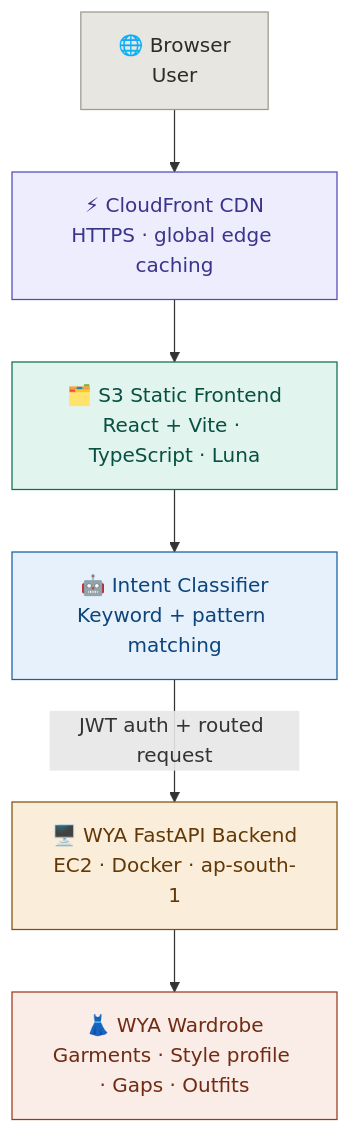
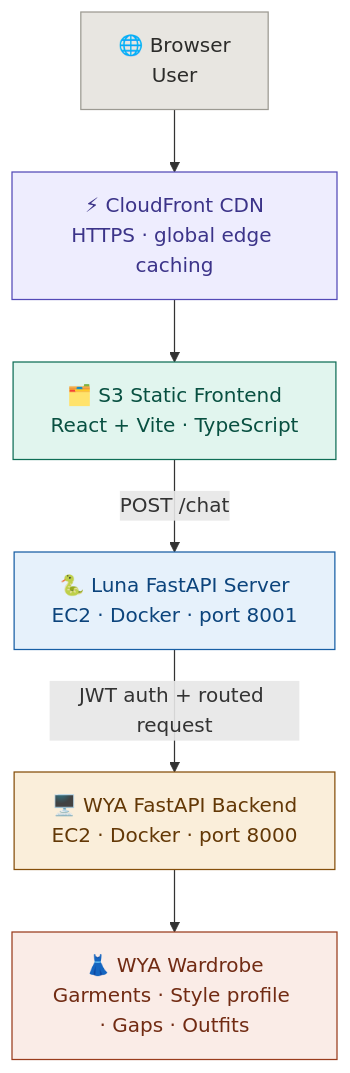
The diagram in README.md (ria0304/luna-stylist), drawn with Mermaid before and after one commit. The commit also changed other lines of this file, not shown here.

````diff
--- a/README.md
+++ b/README.md
@@ -87,27 +92,27 @@
 ```mermaid
 flowchart TD
     A["🌐 Browser\nUser"]:::gray
 
     B["⚡ CloudFront CDN\nHTTPS · global edge caching"]:::purple
 
-    C["🗂️ S3 Static Frontend\nReact + Vite · TypeScript · Luna"]:::teal
+    C["🗂️ S3 Static Frontend\nReact + Vite · TypeScript"]:::teal
 
-    D["🤖 Intent Classifier\nKeyword + pattern matching"]:::blue
+    D["🐍 Luna FastAPI Server\nEC2 · Docker · port 8001"]:::blue
 
-    E["🖥️ WYA FastAPI Backend\nEC2 · Docker · ap-south-1"]:::amber
+    E["🖥️ WYA FastAPI Backend\nEC2 · Docker · port 8000"]:::amber
 
     F["👗 WYA Wardrobe\nGarments · Style profile · Gaps · Outfits"]:::coral
 
     A --> B
     B --> C
-    C --> D
+    C -->|"POST /chat"| D
     D -->|"JWT auth + routed request"| E
     E --> F
 
     classDef gray   fill:#e8e6e1,stroke:#9c9a92,color:#2C2C2A
     classDef purple fill:#EEEDFE,stroke:#534AB7,color:#3C3489
     classDef teal   fill:#E1F5EE,stroke:#0F6E56,color:#085041
     classDef blue   fill:#E6F1FB,stroke:#185FA5,color:#0C447C
     classDef amber  fill:#FAEEDA,stroke:#854F0B,color:#633806
     classDef coral  fill:#FAECE7,stroke:#993C1D,color:#712B13
 ```
````
